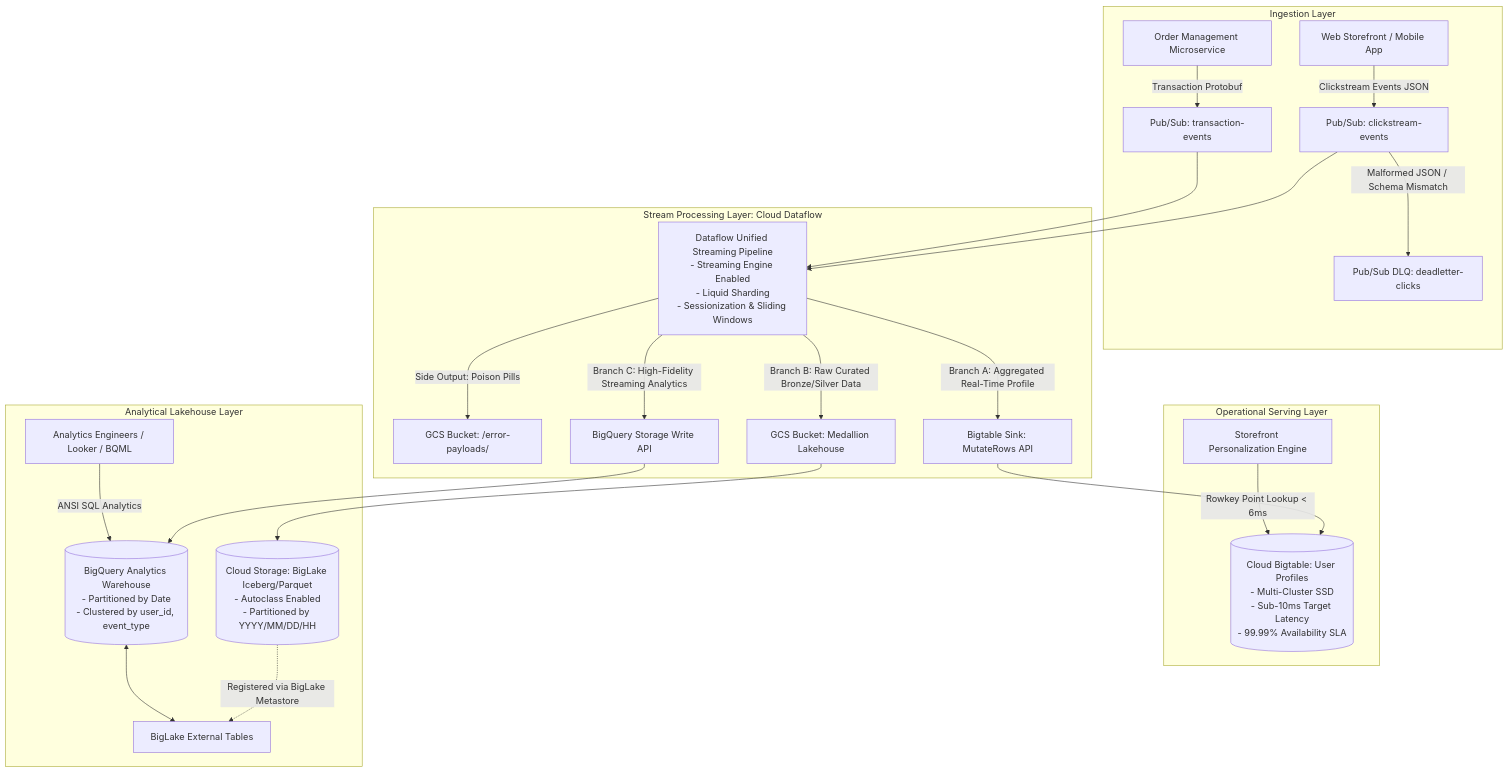
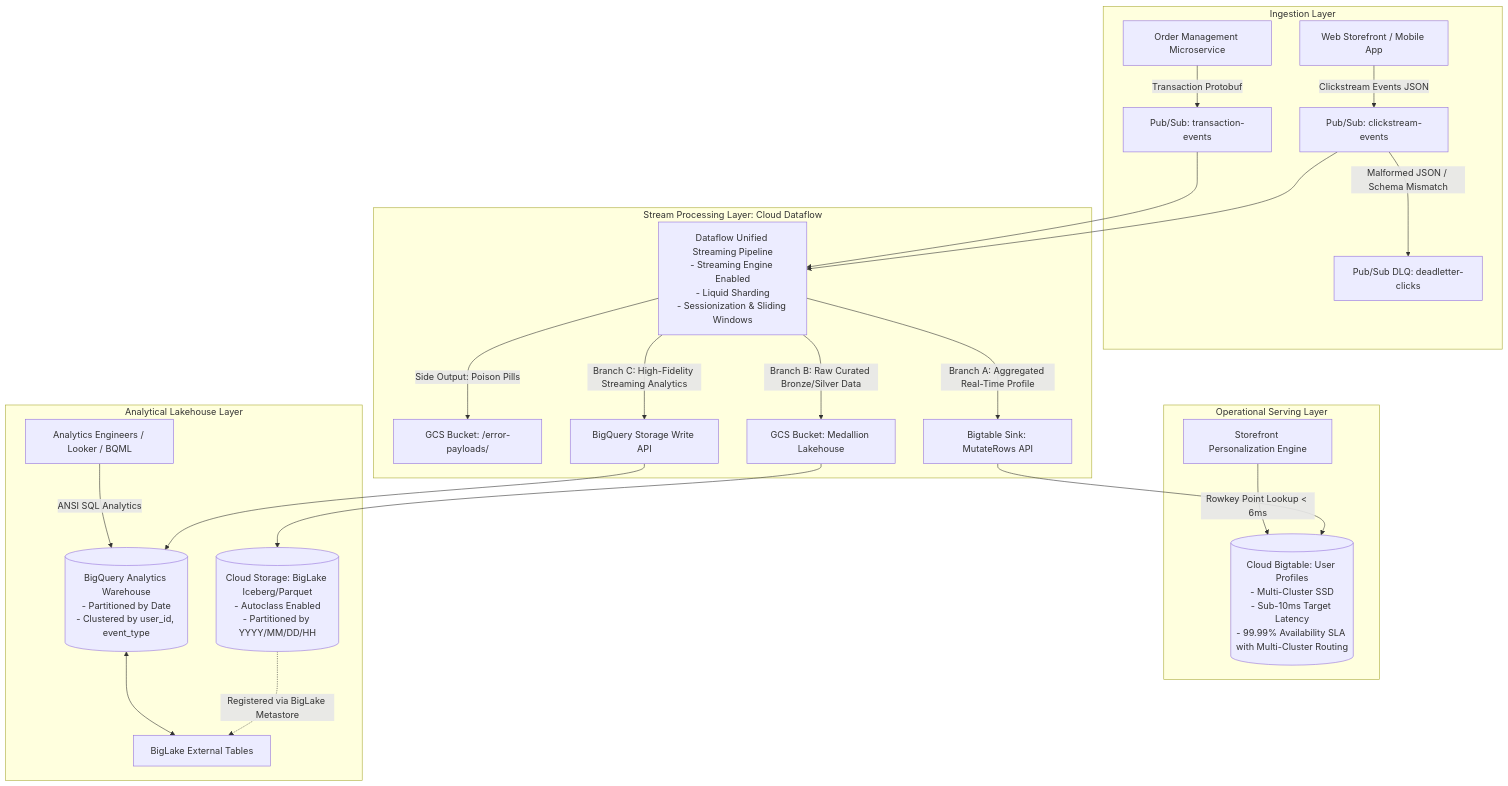
Before and after one commit to rohithvishaal/GCP_PDE_Notes: the first of 3 diagrams in 06_phase5_case_studies/case_01_realtime_ecom_lakehouse.md, drawn with Mermaid. The commit also changed other lines of this file and 53 other files, not shown here.

````diff
--- a/06_phase5_case_studies/case_01_realtime_ecom_lakehouse.md
+++ b/06_phase5_case_studies/case_01_realtime_ecom_lakehouse.md
@@ -12,33 +12,33 @@
 ```mermaid
 flowchart TD
     subgraph Ingestion Layer
         Web[Web Storefront / Mobile App] -->|Clickstream Events JSON| PS_Clicks[Pub/Sub: clickstream-events]
         Orders[Order Management Microservice] -->|Transaction Protobuf| PS_Orders[Pub/Sub: transaction-events]
         PS_Clicks -->|Malformed JSON / Schema Mismatch| DLQ_Clicks[Pub/Sub DLQ: deadletter-clicks]
     end
 
     subgraph Stream Processing Layer: Cloud Dataflow
         PS_Clicks --> Beam[Dataflow Unified Streaming Pipeline<br/>- Streaming Engine Enabled<br/>- Liquid Sharding<br/>- Sessionization & Sliding Windows]
         PS_Orders --> Beam
         
         Beam -->|Side Output: Poison Pills| GCS_Error[GCS Bucket: /error-payloads/]
         Beam -->|Branch A: Aggregated Real-Time Profile| BT_Sink[Bigtable Sink: MutateRows API]
         Beam -->|Branch B: Raw Curated Bronze/Silver Data| GCS_Sink[GCS Bucket: Medallion Lakehouse]
         Beam -->|Branch C: High-Fidelity Streaming Analytics| BQ_Sink[BigQuery Storage Write API]
     end
 
     subgraph Operational Serving Layer
-        BT_Sink --> Bigtable[(Cloud Bigtable: User Profiles<br/>- Multi-Cluster SSD<br/>- Sub-10ms Target Latency<br/>- 99.99% Availability SLA)]
+        BT_Sink --> Bigtable[(Cloud Bigtable: User Profiles<br/>- Multi-Cluster SSD<br/>- Sub-10ms Target Latency<br/>- 99.99% Availability SLA with Multi-Cluster Routing)]
         FrontEndAPI[Storefront Personalization Engine] -->|Rowkey Point Lookup < 6ms| Bigtable
     end
 
     subgraph Analytical Lakehouse Layer
         GCS_Sink --> GCS_Storage[(Cloud Storage: BigLake Iceberg/Parquet<br/>- Autoclass Enabled<br/>- Partitioned by YYYY/MM/DD/HH)]
         BQ_Sink --> BQ_Warehouse[(BigQuery Analytics Warehouse<br/>- Partitioned by Date<br/>- Clustered by user_id, event_type)]
         
         GCS_Storage -.Registered via BigLake Metastore.-> BQ_BigLake[BigLake External Tables]
         BQ_Warehouse <--> BQ_BigLake
         
         BI_Users[Analytics Engineers / Looker / BQML] -->|ANSI SQL Analytics| BQ_Warehouse
     end
 ```
````
